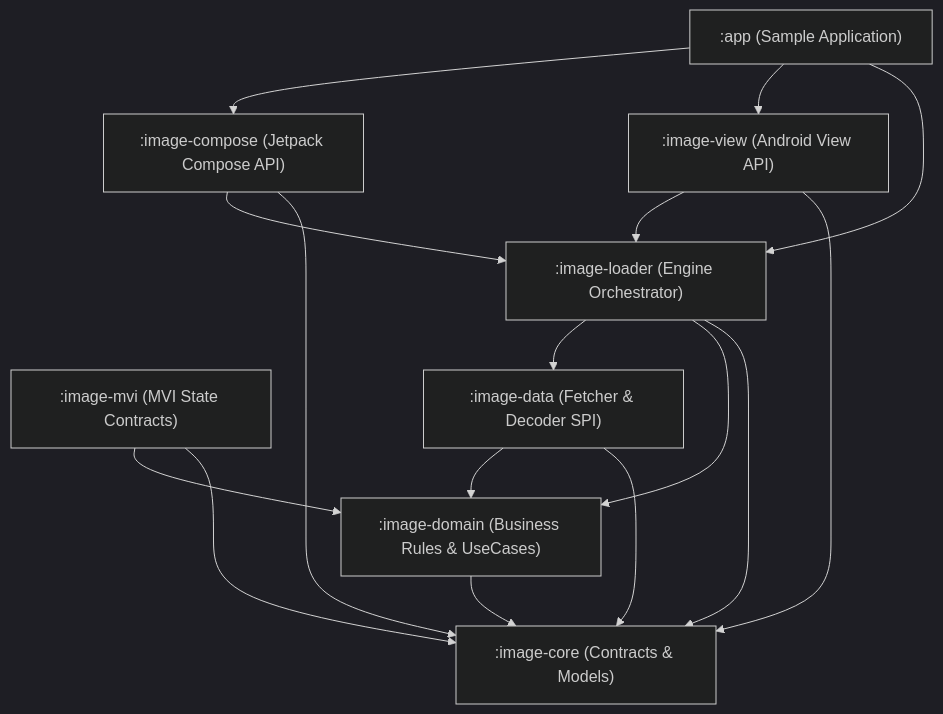
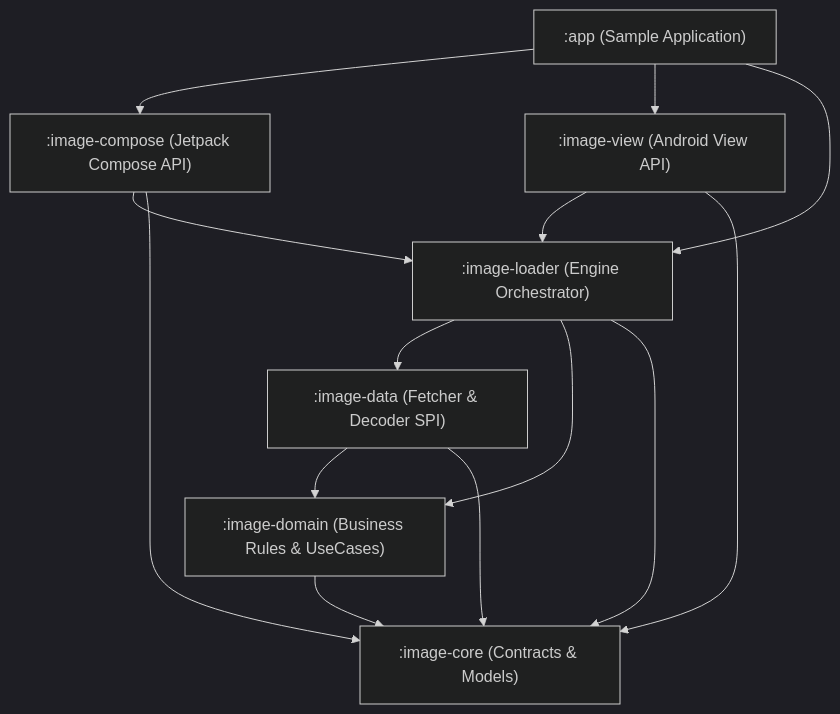
The diagram in README.md (gargpadmakar/KotlinImageLoader), drawn with Mermaid (dark theme) before and after one commit. The commit also changed other lines of this file and 32 other files, not shown here.

````diff
--- a/README.md
+++ b/README.md
@@ -13,33 +242,29 @@
 ```mermaid
 graph TD
     App[":app (Sample Application)"]
     Compose[":image-compose (Jetpack Compose API)"]
     View[":image-view (Android View API)"]
     Loader[":image-loader (Engine Orchestrator)"]
-    MVI[":image-mvi (MVI State Contracts)"]
     Data[":image-data (Fetcher & Decoder SPI)"]
     Domain[":image-domain (Business Rules & UseCases)"]
     Core[":image-core (Contracts & Models)"]
 
     App --> Compose
     App --> View
     App --> Loader
 
     Compose --> Loader
     Compose --> Core
 
     View --> Loader
     View --> Core
 
     Loader --> Data
     Loader --> Domain
     Loader --> Core
 
-    MVI --> Domain
-    MVI --> Core
-
     Data --> Domain
     Data --> Core
 
     Domain --> Core
 ```
````
